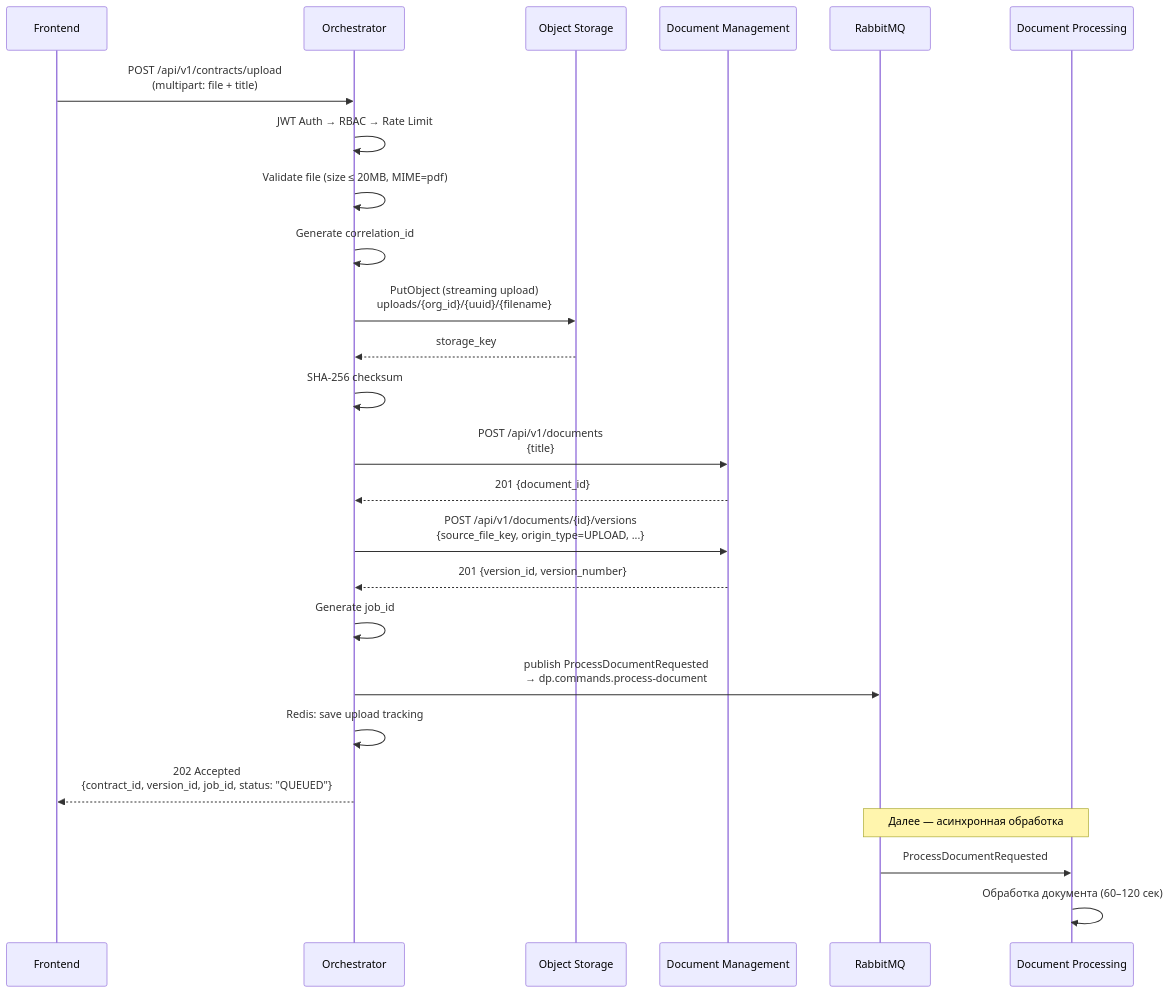
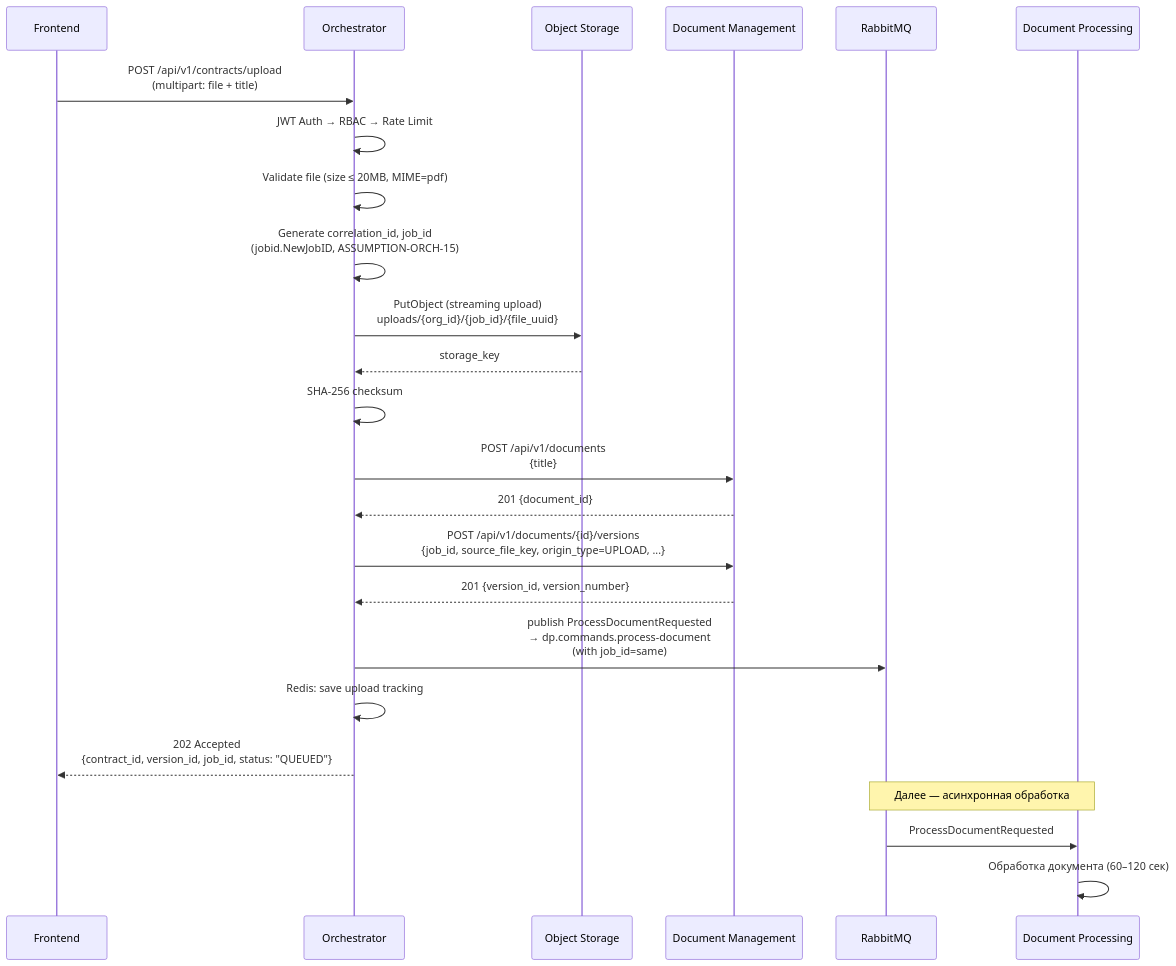
Before and after one commit to 107Alena/ContractPro: the first of 26 diagrams in ApiBackendOrchestrator/architecture/sequence-diagrams.md, drawn with Mermaid. The commit also changed 10 other files, not shown here.

First line of the commit message:
feat(orch): wire job_id through upload flow into DM and DP (ORCH-TASK-053)

````diff
--- a/ApiBackendOrchestrator/architecture/sequence-diagrams.md
+++ b/ApiBackendOrchestrator/architecture/sequence-diagrams.md
@@ -9,36 +9,35 @@
 ```mermaid
 sequenceDiagram
     participant FE as Frontend
     participant ORCH as Orchestrator
     participant S3 as Object Storage
     participant DM as Document Management
     participant RMQ as RabbitMQ
     participant DP as Document Processing
 
     FE->>ORCH: POST /api/v1/contracts/upload<br/>(multipart: file + title)
     ORCH->>ORCH: JWT Auth → RBAC → Rate Limit
     ORCH->>ORCH: Validate file (size ≤ 20MB, MIME=pdf)
-    ORCH->>ORCH: Generate correlation_id
+    ORCH->>ORCH: Generate correlation_id, job_id<br/>(jobid.NewJobID, ASSUMPTION-ORCH-15)
 
-    ORCH->>S3: PutObject (streaming upload)<br/>uploads/{org_id}/{uuid}/{filename}
+    ORCH->>S3: PutObject (streaming upload)<br/>uploads/{org_id}/{job_id}/{file_uuid}
     S3-->>ORCH: storage_key
 
     ORCH->>ORCH: SHA-256 checksum
 
     ORCH->>DM: POST /api/v1/documents<br/>{title}
     DM-->>ORCH: 201 {document_id}
 
-    ORCH->>DM: POST /api/v1/documents/{id}/versions<br/>{source_file_key, origin_type=UPLOAD, ...}
+    ORCH->>DM: POST /api/v1/documents/{id}/versions<br/>{job_id, source_file_key, origin_type=UPLOAD, ...}
     DM-->>ORCH: 201 {version_id, version_number}
 
-    ORCH->>ORCH: Generate job_id
-    ORCH->>RMQ: publish ProcessDocumentRequested<br/>→ dp.commands.process-document
+    ORCH->>RMQ: publish ProcessDocumentRequested<br/>→ dp.commands.process-document<br/>(with job_id=same)
 
     ORCH->>ORCH: Redis: save upload tracking
 
     ORCH-->>FE: 202 Accepted<br/>{contract_id, version_id, job_id, status: "QUEUED"}
 
     Note over RMQ,DP: Далее — асинхронная обработка
     RMQ->>DP: ProcessDocumentRequested
     DP->>DP: Обработка документа (60–120 сек)
 ```
````
